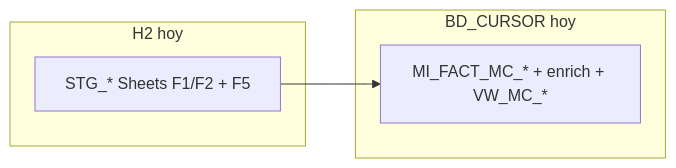
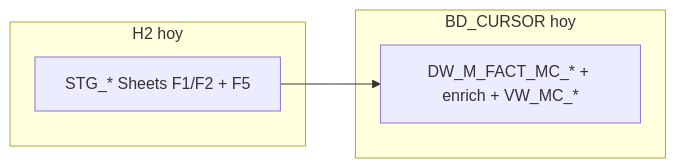
The third of 3 diagrams in docs/fases/status.md (nwodevops/multa_informes_etl), drawn with Mermaid before and after one commit. The commit also changed other lines of this file and 67 other files, not shown here.

````diff
--- a/docs/fases/status.md
+++ b/docs/fases/status.md
@@ -137,10 +137,10 @@
 ```mermaid
 flowchart LR
   subgraph h2now [H2 hoy]
     STG8["STG_* Sheets F1/F2 + F5"]
   end
   subgraph oranow [BD_CURSOR hoy]
-    MI["MI_FACT_MC_* + enrich + VW_MC_*"]
+    MI["DW_M_FACT_MC_* + enrich + VW_MC_*"]
   end
   STG8 --> MI
 ```
````
